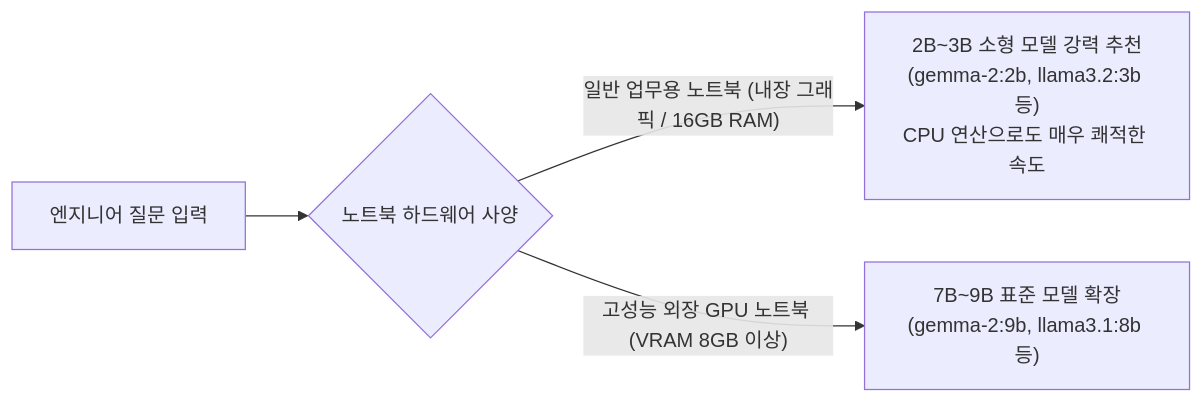
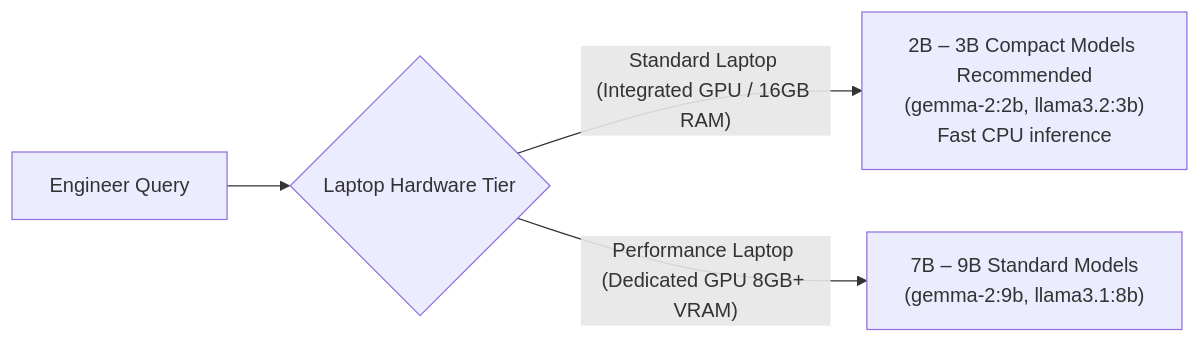
Before and after one commit to CheolKyunYU/cknotes: the second of 2 diagrams in content/posts/ollama-01-local-llm-intro/index.en.md, drawn with Mermaid. The commit also changed other lines of this file and 60 other files, not shown here.

````diff
--- a/content/posts/ollama-01-local-llm-intro/index.en.md
+++ b/content/posts/ollama-01-local-llm-intro/index.en.md
@@ -100,6 +94,6 @@
 ```mermaid
 flowchart LR
-    Prompt["엔지니어 질문 입력"] --> MemCheck{"노트북 하드웨어 사양"}
-    MemCheck -->|"일반 업무용 노트북 (내장 그래픽 / 16GB RAM)"| sLLM["2B~3B 소형 모델 강력 추천<br/>(gemma-2:2b, llama3.2:3b 등)<br/>CPU 연산으로도 매우 쾌적한 속도"]
-    MemCheck -->|"고성능 외장 GPU 노트북 (VRAM 8GB 이상)"| LLM8B["7B~9B 표준 모델 확장<br/>(gemma-2:9b, llama3.1:8b 등)"]
+    Prompt["Engineer Query"] --> MemCheck{"Laptop Hardware Tier"}
+    MemCheck -->|"Standard Laptop (Integrated GPU / 16GB RAM)"| sLLM["2B – 3B Compact Models Recommended<br/>(gemma-2:2b, llama3.2:3b)<br/>Fast CPU inference"]
+    MemCheck -->|"Performance Laptop (Dedicated GPU 8GB+ VRAM)"| LLM8B["7B – 9B Standard Models<br/>(gemma-2:9b, llama3.1:8b)"]
 ```
````
